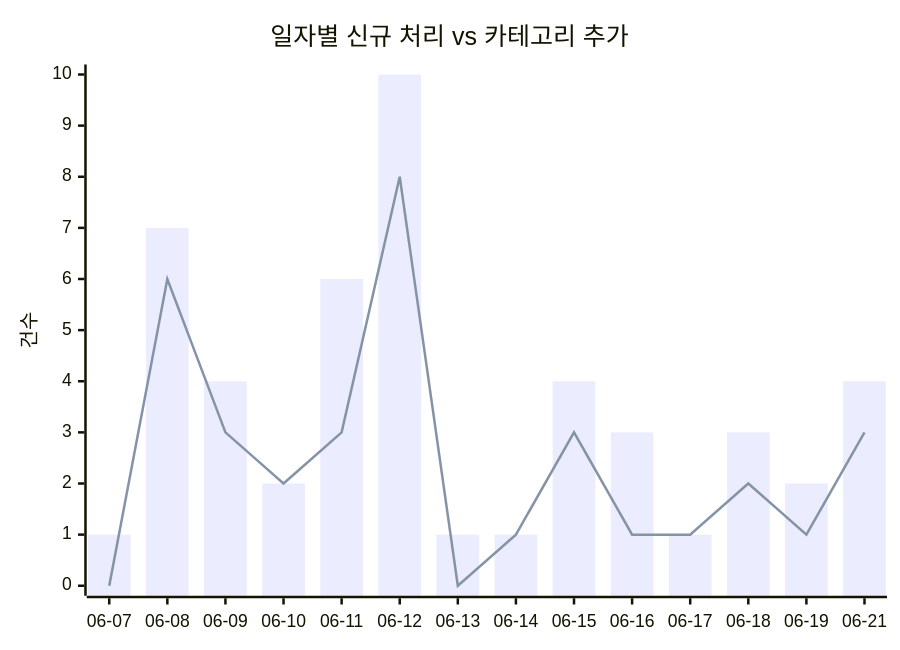
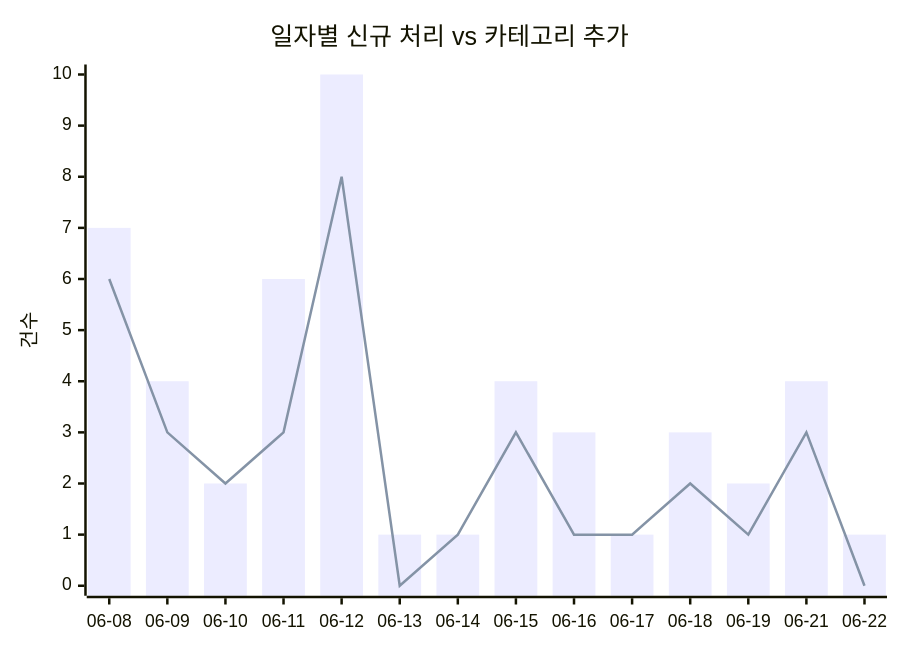
One commit to J-nowcow/awesome-korean-agent-skills changed the first of 2 diagrams in docs/trends.md. Above: the diagram before and after it, drawn with Mermaid. The commit also changed other lines of this file and 27 other files, not shown here.

````diff
--- a/docs/trends.md
+++ b/docs/trends.md
@@ -32,8 +32,8 @@
 ```mermaid
 xychart-beta
     title "일자별 신규 처리 vs 카테고리 추가"
-    x-axis ["06-07","06-08","06-09","06-10","06-11","06-12","06-13","06-14","06-15","06-16","06-17","06-18","06-19","06-21"]
+    x-axis ["06-08","06-09","06-10","06-11","06-12","06-13","06-14","06-15","06-16","06-17","06-18","06-19","06-21","06-22"]
     y-axis "건수"
-    bar [1,7,4,2,6,10,1,1,4,3,1,3,2,4]
-    line [0,6,3,2,3,8,0,1,3,1,1,2,1,3]
+    bar [7,4,2,6,10,1,1,4,3,1,3,2,4,1]
+    line [6,3,2,3,8,0,1,3,1,1,2,1,3,0]
 ```
````
